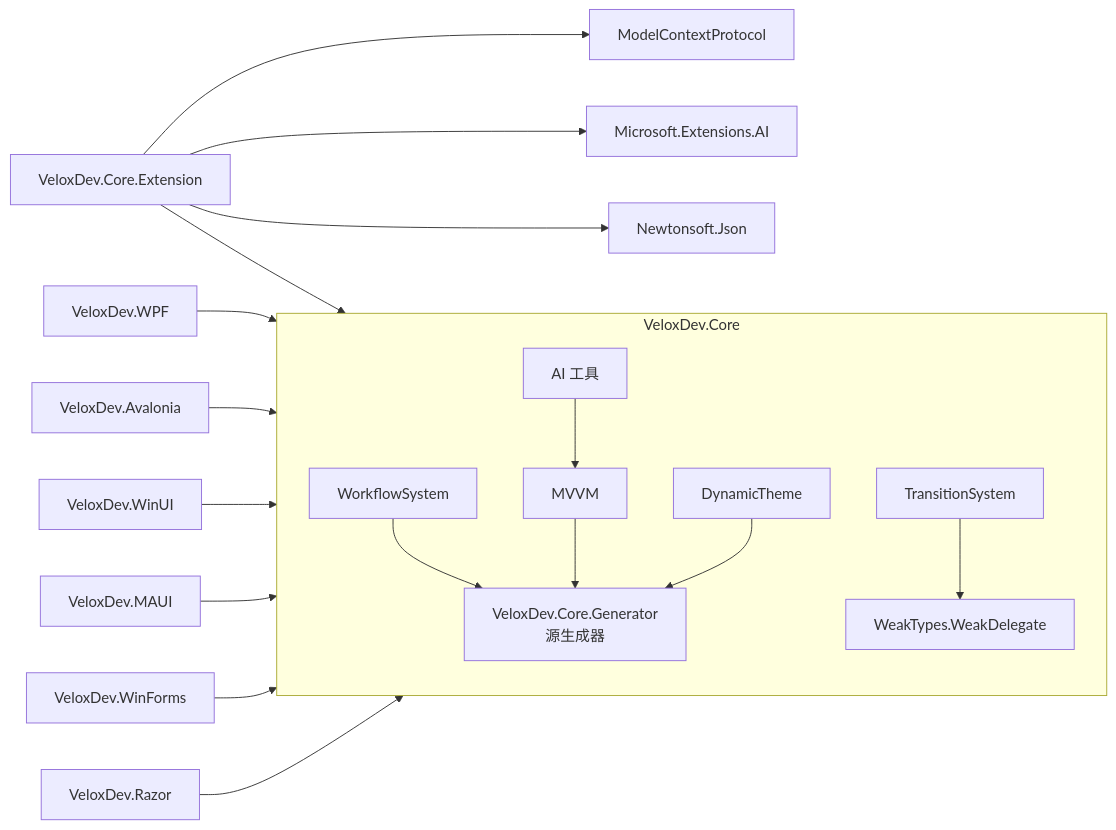
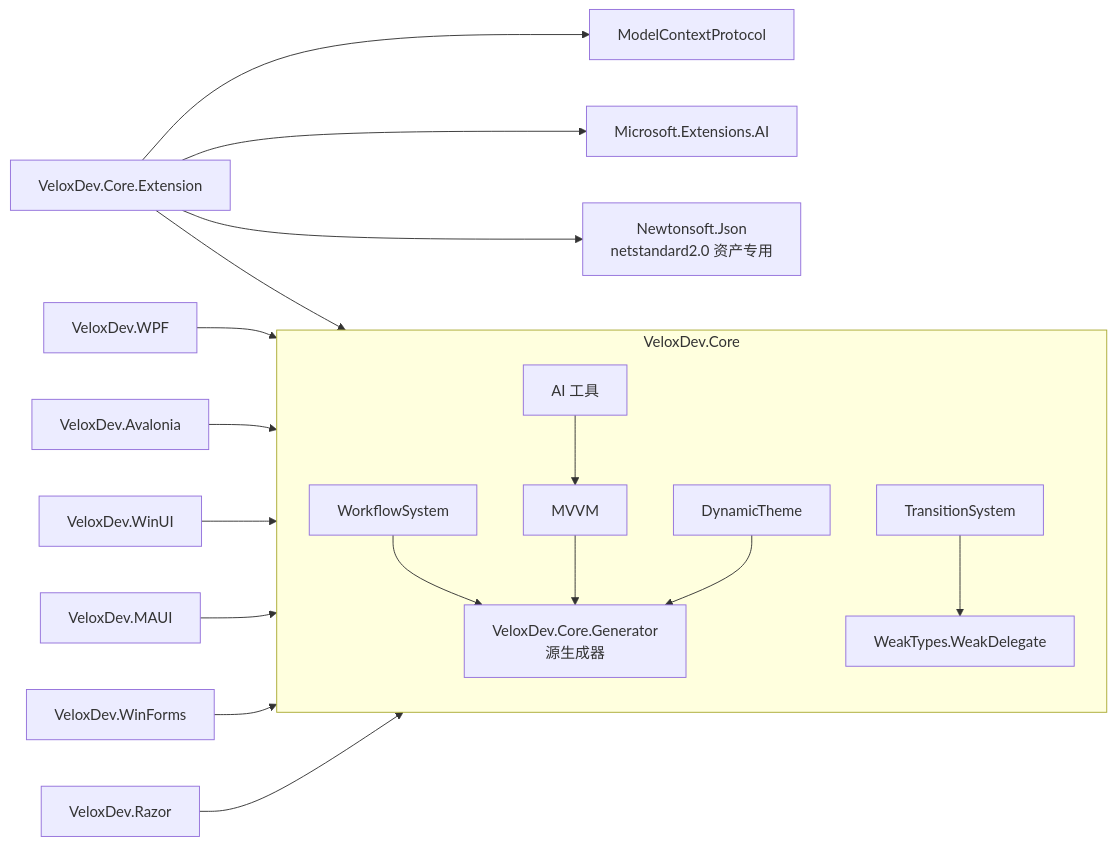
One commit to Axvser/VeloxDev.Docs changed the diagram in src/CloudGlyph/Assets/Docs/content/zh/3_SE分析/00_文件结构/index.md. Above: the diagram before and after it, drawn with Mermaid. The commit also changed 7 other files, not shown here.

````diff
--- a/src/CloudGlyph/Assets/Docs/content/zh/3_SE分析/00_文件结构/index.md
+++ b/src/CloudGlyph/Assets/Docs/content/zh/3_SE分析/00_文件结构/index.md
@@ -86,20 +86,20 @@
 ```mermaid
 flowchart LR
     subgraph Core [VeloxDev.Core]
         WF[WorkflowSystem] --> GEN[VeloxDev.Core.Generator<br/>源生成器]
         MV[MVVM] --> GEN
         TH[DynamicTheme] --> GEN
         TR[TransitionSystem] --> WD[WeakTypes.WeakDelegate]
         AI[AI 工具] --> MV
     end
     EXT[VeloxDev.Core.Extension] --> Core
     EXT --> MCP[ModelContextProtocol]
     EXT --> EXAI[Microsoft.Extensions.AI]
-    EXT --> NJ[Newtonsoft.Json]
+    EXT --> NJ[Newtonsoft.Json<br/>netstandard2.0 资产专用]
     WPF[VeloxDev.WPF] --> Core
     AV[VeloxDev.Avalonia] --> Core
     WU[VeloxDev.WinUI] --> Core
     MA[VeloxDev.MAUI] --> Core
     WF2[VeloxDev.WinForms] --> Core
     RA[VeloxDev.Razor] --> Core
 ```
````
